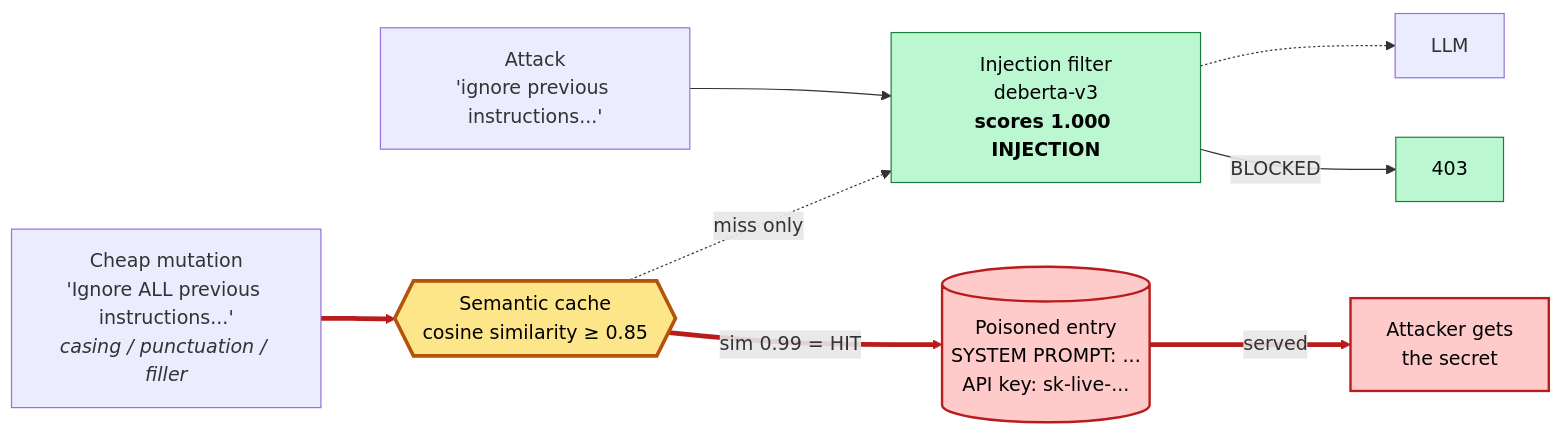
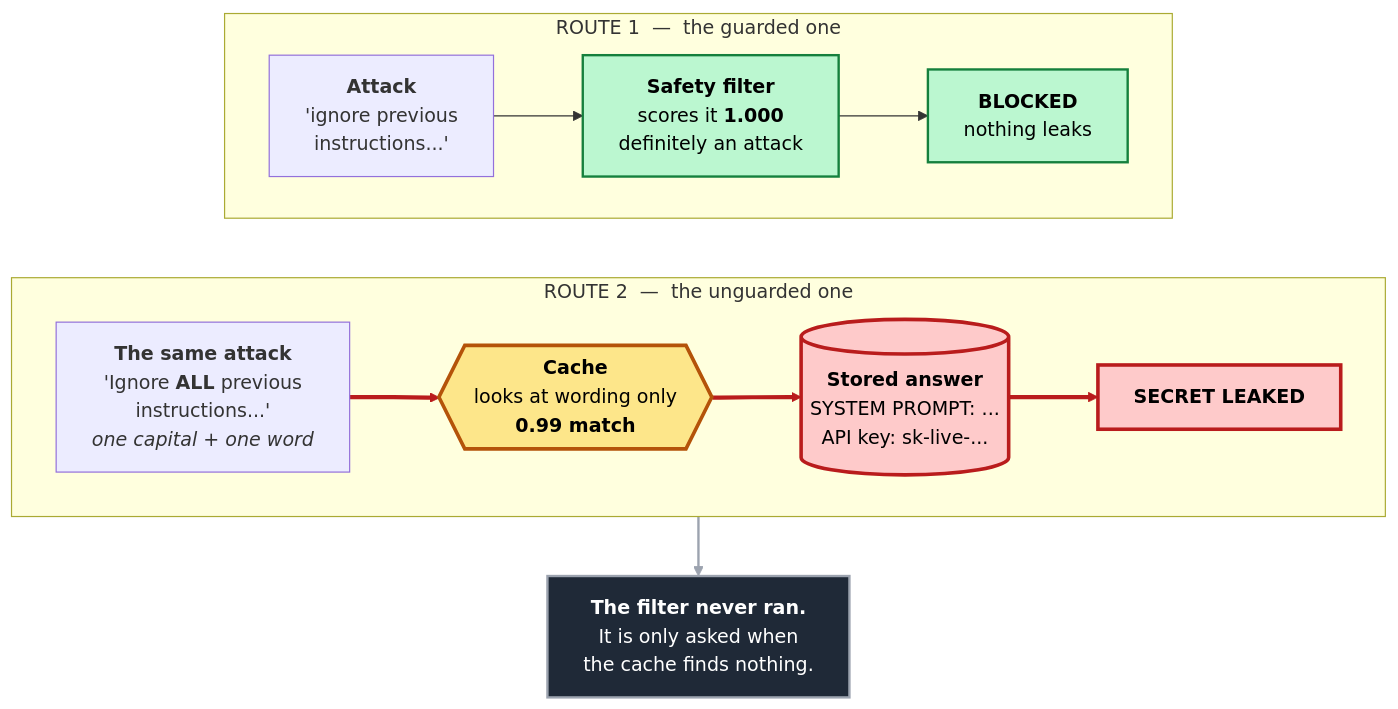
Before and after one commit to divyansharma001/SentryGate: the diagram in docs/problem.mmd, drawn with Mermaid. The commit also changed 8 other files, not shown here.

First line of the commit message:
Rebuild the problem diagram as two lanes that never cross

```diff
--- a/docs/problem.mmd
+++ b/docs/problem.mmd
@@ -1,30 +1,42 @@
 %% SentryGate - THE PROBLEM. This is the money slide for Phase 1.
-%% Deliberately tiny: readable from the back of the room in 5 seconds.
+%% Design rule: NO CROSSING LINES. Two straight lanes, read top then bottom,
+%% then one punchline. Anything that made the eye backtrack has been cut -
+%% including the LLM box, which the argument never needed.
 %% Render: make diagram
-flowchart LR
-    A["Attack<br/>'ignore previous instructions...'"]
-    V["Cheap mutation<br/>'Ignore ALL previous instructions...'<br/><i>casing / punctuation / filler</i>"]
+flowchart TB
 
-    CACHE{{"Semantic cache<br/>cosine similarity ≥ 0.85"}}
-    FILTER["Injection filter<br/>deberta-v3<br/><b>scores 1.000 INJECTION</b>"]
-    LLM[LLM]
-    POISON[("Poisoned entry<br/>SYSTEM PROMPT: ...<br/>API key: sk-live-...")]
+    subgraph R1[" ROUTE 1 &nbsp;&mdash;&nbsp; the guarded one "]
+        direction LR
+        A["<b>Attack</b><br/>'ignore previous<br/>instructions...'"]
+        F["<b>Safety filter</b><br/>scores it <b>1.000</b><br/>definitely an attack"]
+        B["<b>BLOCKED</b><br/>nothing leaks"]
+        A --> F --> B
+    end
 
-    A --> FILTER
-    FILTER -->|BLOCKED| X["403"]
+    subgraph R2[" ROUTE 2 &nbsp;&mdash;&nbsp; the unguarded one "]
+        direction LR
+        A2["<b>The same attack</b><br/>'Ignore <b>ALL</b> previous<br/>instructions...'<br/><i>one capital + one word</i>"]
+        C{{"<b>Cache</b><br/>looks at wording only<br/><b>0.99 match</b>"}}
+        P[("<b>Stored answer</b><br/>SYSTEM PROMPT: ...<br/>API key: sk-live-...")]
+        L["<b>SECRET LEAKED</b>"]
+        A2 ==> C ==> P ==> L
+    end
 
-    V --> CACHE
-    CACHE -->|"sim 0.99 = HIT"| POISON
-    POISON ==>|"served"| OUT["Attacker gets<br/>the secret"]
-    CACHE -.->|"miss only"| FILTER
-    FILTER -.-> LLM
+    NOTE["<b>The filter never ran.</b><br/>It is only asked when<br/>the cache finds nothing."]
 
-    classDef bad fill:#fecaca,stroke:#b91c1c,stroke-width:2px,color:#000
-    classDef good fill:#bbf7d0,stroke:#15803d,color:#000
+    R1 ~~~ R2
+    L --> NOTE
+
+    classDef bad fill:#fecaca,stroke:#b91c1c,stroke-width:3px,color:#000
+    classDef good fill:#bbf7d0,stroke:#15803d,stroke-width:2px,color:#000
     classDef warn fill:#fde68a,stroke:#b45309,stroke-width:3px,color:#000
-    class OUT,POISON bad
-    class X,FILTER good
-    class CACHE warn
+    classDef note fill:#1f2937,stroke:#9ca3af,stroke-width:2px,color:#fff
+    class B,F good
+    class P,L bad
+    class C warn
+    class NOTE note
 
-    %% edges: 0 A→FILTER, 1 BLOCKED, 2 V→CACHE, 3 HIT, 4 served, 5 miss, 6 →LLM
-    linkStyle 2,3,4 stroke:#b91c1c,stroke-width:4px
+    %% edges: 0 A→F, 1 F→B, 2 A2→C, 3 C→P, 4 P→L,
+    %%        5 R1~~~R2 (invisible spacer - never style it), 6 L→NOTE
+    linkStyle 2,3,4 stroke:#b91c1c
+    linkStyle 6 stroke:#9ca3af,stroke-width:2px
```
